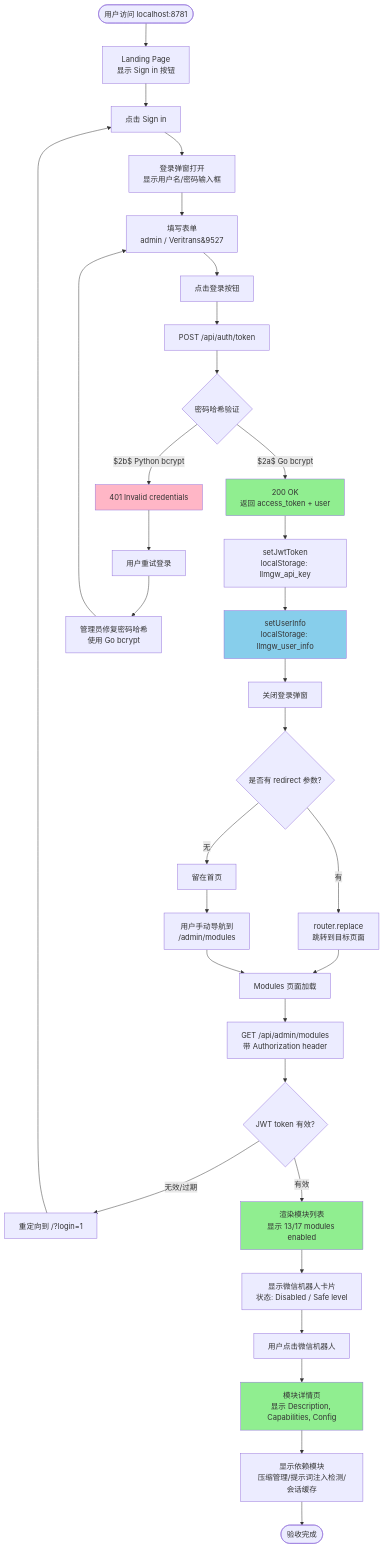
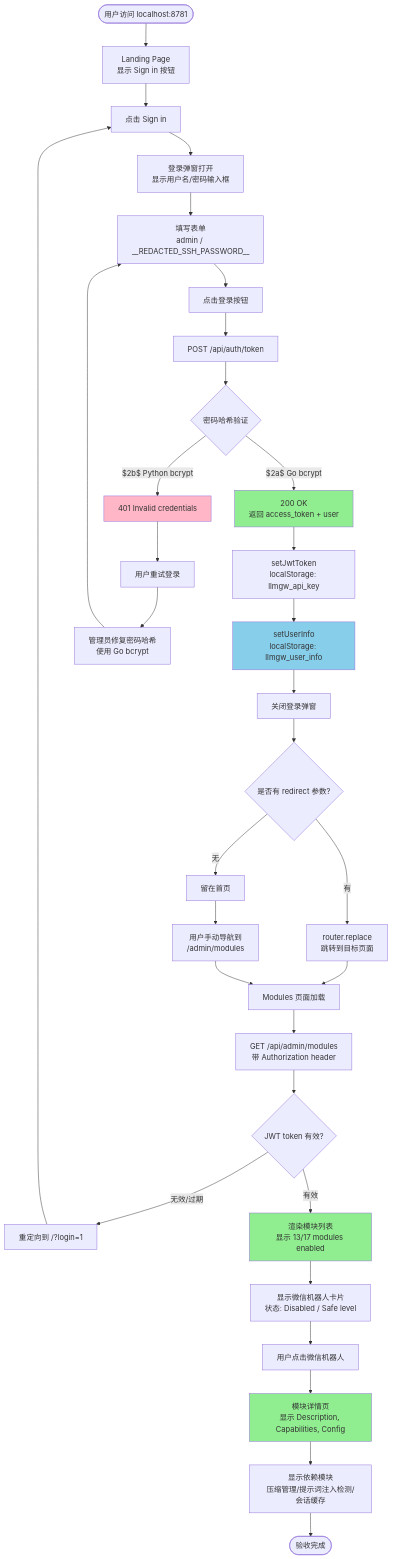
The first of 5 diagrams in docs/archive/process/process/2026-07/r112-ui-verification-flow.md (halfking/ai-native-gateway-core), drawn with Mermaid before and after one commit. The commit also changed 46 other files, not shown here.

````diff
--- a/docs/archive/process/process/2026-07/r112-ui-verification-flow.md
+++ b/docs/archive/process/process/2026-07/r112-ui-verification-flow.md
@@ -5,54 +5,54 @@
 ```mermaid
 graph TD
     Start([用户访问 localhost:8781]) --> Landing[Landing Page<br/>显示 Sign in 按钮]
     Landing --> ClickSignIn[点击 Sign in]
     ClickSignIn --> LoginModal[登录弹窗打开<br/>显示用户名/密码输入框]
 
-    LoginModal --> FillForm[填写表单<br/>admin / Veritrans&9527]
+    LoginModal --> FillForm[填写表单<br/>admin / __REDACTED_SSH_PASSWORD__]
     FillForm --> SubmitLogin[点击登录按钮]
 
     SubmitLogin --> AuthAPI[POST /api/auth/token]
     AuthAPI --> CheckPassword{密码哈希验证}
 
     CheckPassword -->|$2b$ Python bcrypt| InvalidCreds[401 Invalid credentials]
     CheckPassword -->|$2a$ Go bcrypt| AuthSuccess[200 OK<br/>返回 access_token + user]
 
     AuthSuccess --> SaveToken[setJwtToken<br/>localStorage: llmgw_api_key]
     SaveToken --> SaveUser[setUserInfo<br/>localStorage: llmgw_user_info]
 
     SaveUser --> CloseModal[关闭登录弹窗]
     CloseModal --> CheckRedirect{是否有 redirect 参数?}
 
     CheckRedirect -->|有| RedirectTarget[router.replace<br/>跳转到目标页面]
     CheckRedirect -->|无| StayHome[留在首页]
 
     RedirectTarget --> ModulesPage
     StayHome --> UserClickModules[用户手动导航到<br/>/admin/modules]
     UserClickModules --> ModulesPage
 
     ModulesPage[Modules 页面加载] --> FetchModules[GET /api/admin/modules<br/>带 Authorization header]
     FetchModules --> CheckAuth{JWT token 有效?}
 
     CheckAuth -->|无效/过期| Redirect401[重定向到 /?login=1]
     CheckAuth -->|有效| RenderModules[渲染模块列表<br/>显示 13/17 modules enabled]
 
     RenderModules --> ShowWechat[显示微信机器人卡片<br/>状态: Disabled / Safe level]
     ShowWechat --> ClickWechat[用户点击微信机器人]
 
     ClickWechat --> WechatDetail[模块详情页<br/>显示 Description, Capabilities, Config]
     WechatDetail --> ShowPrereqs[显示依赖模块<br/>压缩管理/提示词注入检测/会话缓存]
 
     ShowPrereqs --> End([验收完成])
 
     InvalidCreds --> RetryLogin[用户重试登录]
     RetryLogin --> FixPassword[管理员修复密码哈希<br/>使用 Go bcrypt]
     FixPassword --> FillForm
 
     Redirect401 --> ClickSignIn
 
     style AuthSuccess fill:#90EE90
     style InvalidCreds fill:#FFB6C6
     style SaveUser fill:#87CEEB
     style RenderModules fill:#90EE90
     style WechatDetail fill:#90EE90
 ```
````
